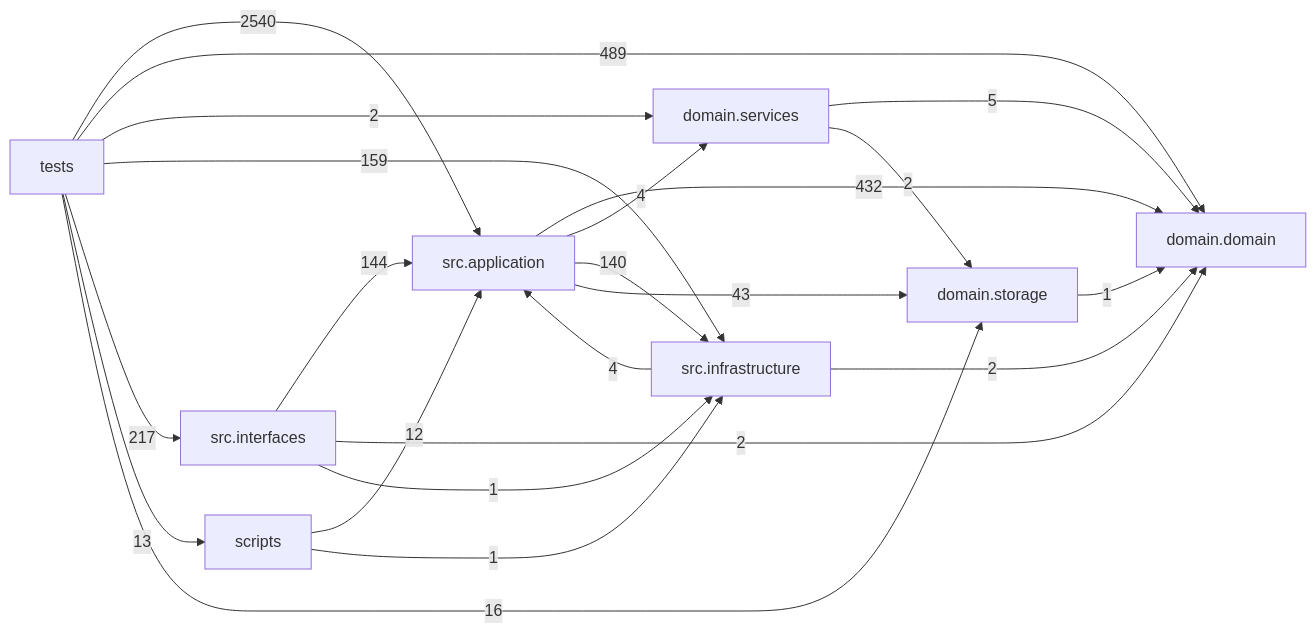
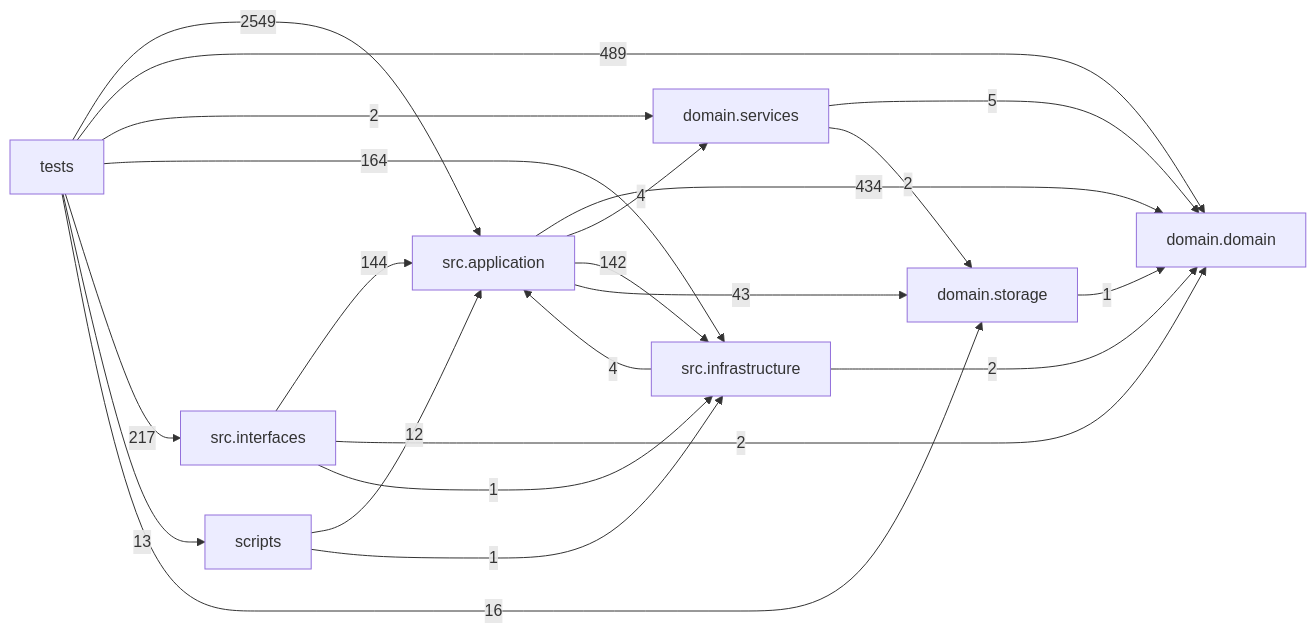
One commit to liuxie066/options-monitor changed the diagram in docs/DEPENDENCY_GRAPH.md. Above: the diagram before and after it, drawn with Mermaid. The commit also changed other lines of this file and 30 other files, not shown here.

````diff
--- a/docs/DEPENDENCY_GRAPH.md
+++ b/docs/DEPENDENCY_GRAPH.md
@@ -24,32 +24,32 @@
 ```mermaid
 flowchart LR
   tests["tests"]
   scripts["scripts"]
   interfaces["src.interfaces"]
   application["src.application"]
   infrastructure["src.infrastructure"]
   domain_services["domain.services"]
   domain["domain.domain"]
   storage["domain.storage"]
-  application -->|432| domain
+  application -->|434| domain
   application -->|4| domain_services
-  application -->|140| infrastructure
+  application -->|142| infrastructure
   application -->|43| storage
   domain_services -->|5| domain
   domain_services -->|2| storage
   infrastructure -->|4| application
   infrastructure -->|2| domain
   interfaces -->|144| application
   interfaces -->|2| domain
   interfaces -->|1| infrastructure
   scripts -->|12| application
   scripts -->|1| infrastructure
   storage -->|1| domain
-  tests -->|2540| application
+  tests -->|2549| application
   tests -->|489| domain
   tests -->|2| domain_services
-  tests -->|159| infrastructure
+  tests -->|164| infrastructure
   tests -->|217| interfaces
   tests -->|13| scripts
   tests -->|16| storage
 ```
````
